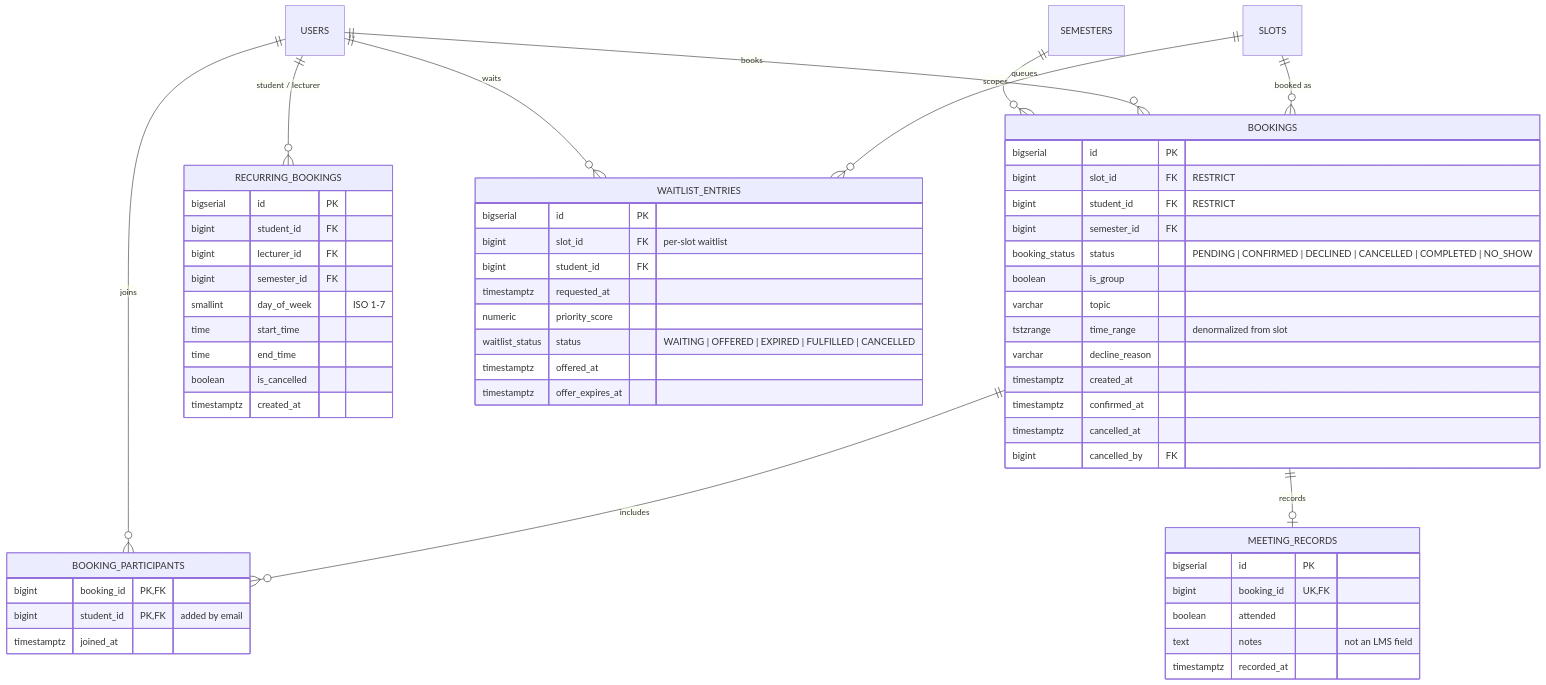
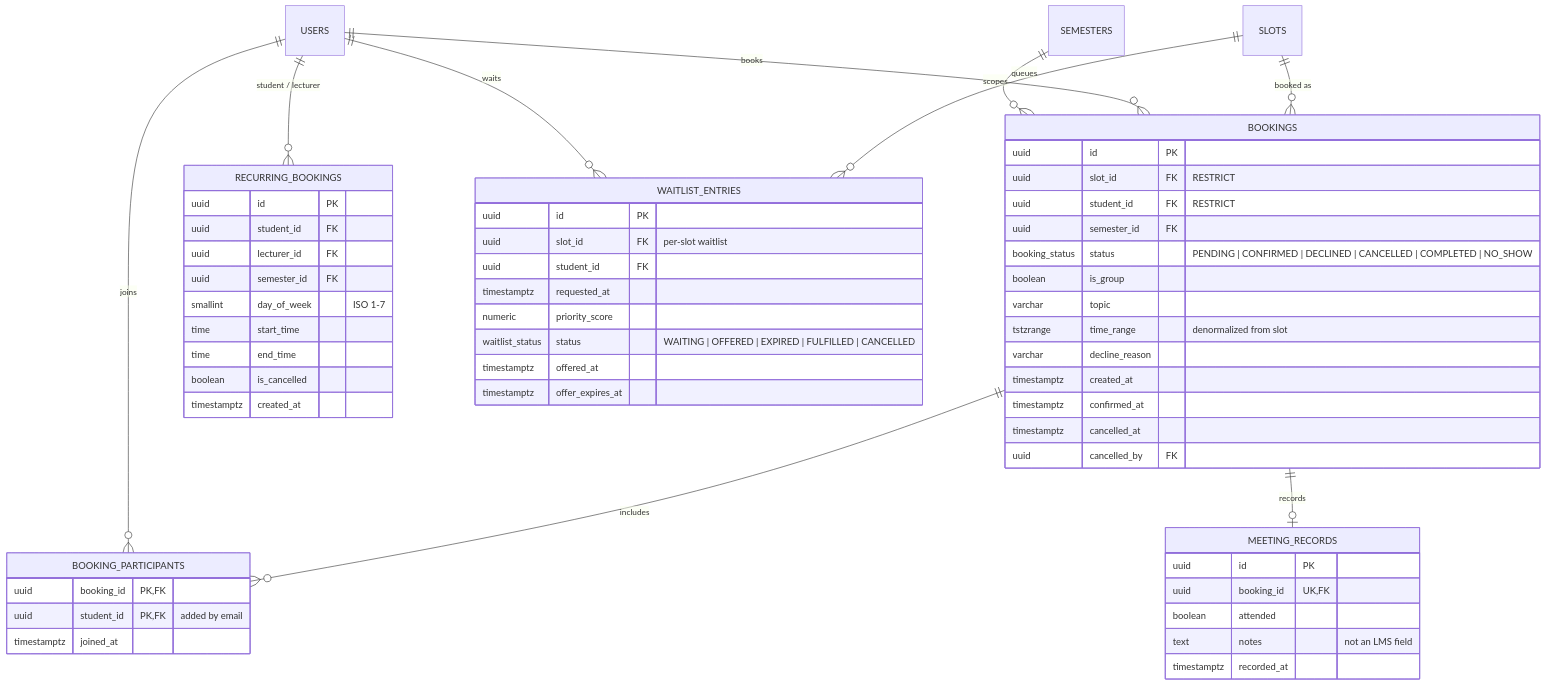
Before and after one commit to thien-0408/office-hours: the fifth of 6 diagrams in docs/DB-SCHEMA-PROTOTYPE.md, drawn with Mermaid. The commit also changed other lines of this file and 10 other files, not shown here.

````diff
--- a/docs/DB-SCHEMA-PROTOTYPE.md
+++ b/docs/DB-SCHEMA-PROTOTYPE.md
@@ -216,60 +229,60 @@
 ```mermaid
 erDiagram
     BOOKINGS {
-        bigserial id PK
-        bigint slot_id FK "RESTRICT"
-        bigint student_id FK "RESTRICT"
-        bigint semester_id FK
+        uuid id PK
+        uuid slot_id FK "RESTRICT"
+        uuid student_id FK "RESTRICT"
+        uuid semester_id FK
         booking_status status "PENDING | CONFIRMED | DECLINED | CANCELLED | COMPLETED | NO_SHOW"
         boolean is_group
         varchar topic
         tstzrange time_range "denormalized from slot"
         varchar decline_reason
         timestamptz created_at
         timestamptz confirmed_at
         timestamptz cancelled_at
-        bigint cancelled_by FK
+        uuid cancelled_by FK
     }
     BOOKING_PARTICIPANTS {
-        bigint booking_id PK, FK
-        bigint student_id PK, FK "added by email"
+        uuid booking_id PK, FK
+        uuid student_id PK, FK "added by email"
         timestamptz joined_at
     }
     MEETING_RECORDS {
-        bigserial id PK
-        bigint booking_id UK, FK
+        uuid id PK
+        uuid booking_id UK, FK
         boolean attended
         text notes "not an LMS field"
         timestamptz recorded_at
     }
     RECURRING_BOOKINGS {
-        bigserial id PK
-        bigint student_id FK
-        bigint lecturer_id FK
-        bigint semester_id FK
+        uuid id PK
+        uuid student_id FK
+        uuid lecturer_id FK
+        uuid semester_id FK
         smallint day_of_week "ISO 1-7"
         time start_time
         time end_time
         boolean is_cancelled
         timestamptz created_at
     }
     WAITLIST_ENTRIES {
-        bigserial id PK
-        bigint slot_id FK "per-slot waitlist"
-        bigint student_id FK
+        uuid id PK
+        uuid slot_id FK "per-slot waitlist"
+        uuid student_id FK
         timestamptz requested_at
         numeric priority_score
         waitlist_status status "WAITING | OFFERED | EXPIRED | FULFILLED | CANCELLED"
         timestamptz offered_at
         timestamptz offer_expires_at
     }
     SLOTS ||--o{ BOOKINGS : "booked as"
     USERS ||--o{ BOOKINGS : books
     SEMESTERS ||--o{ BOOKINGS : scopes
     BOOKINGS ||--o{ BOOKING_PARTICIPANTS : includes
     USERS ||--o{ BOOKING_PARTICIPANTS : joins
     BOOKINGS ||--o| MEETING_RECORDS : records
     USERS ||--o{ RECURRING_BOOKINGS : "student / lecturer"
     SLOTS ||--o{ WAITLIST_ENTRIES : queues
     USERS ||--o{ WAITLIST_ENTRIES : waits
 ```
````
